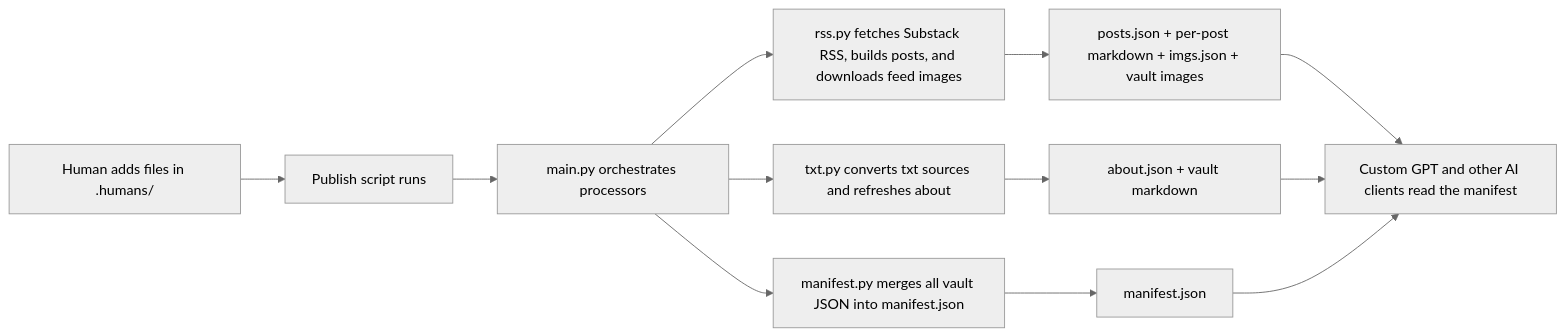
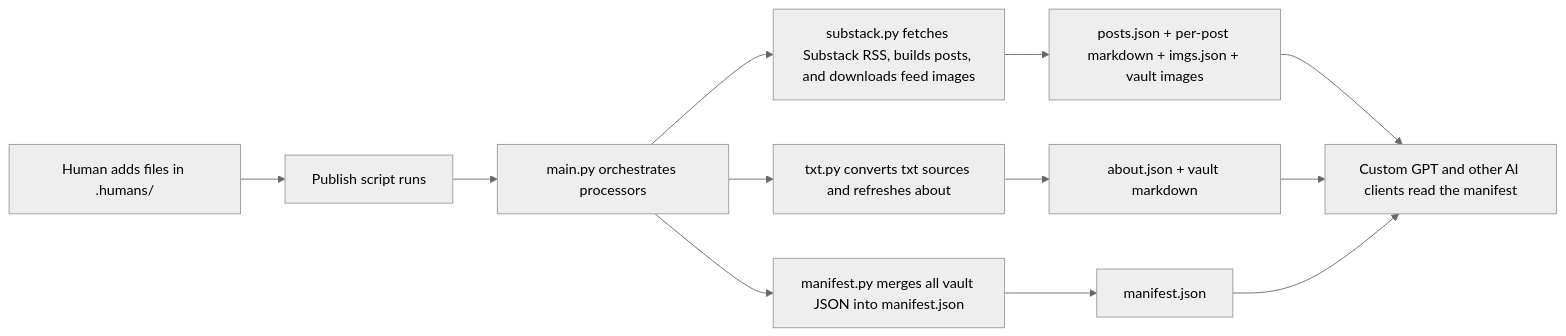
One commit to blackaft/burnoutseries changed the diagram in README.md. Above: the diagram before and after it, drawn with Mermaid (neutral theme).

````diff
--- a/README.md
+++ b/README.md
@@ -63,14 +63,14 @@
 ```mermaid
 flowchart LR
   A[Human adds files in .humans/] --> B[Publish script runs]
   B --> C[main.py orchestrates processors]
-  C --> D[rss.py fetches Substack RSS, builds posts, and downloads feed images]
+  C --> D[substack.py fetches Substack RSS, builds posts, and downloads feed images]
   C --> E[txt.py converts txt sources and refreshes about]
   C --> F[manifest.py merges all vault JSON into manifest.json]
   D --> G[posts.json + per-post markdown + imgs.json + vault images]
   E --> H[about.json + vault markdown]
   F --> I[manifest.json]
   G --> J[Custom GPT and other AI clients read the manifest]
   H --> J
   I --> J
 ```
````
